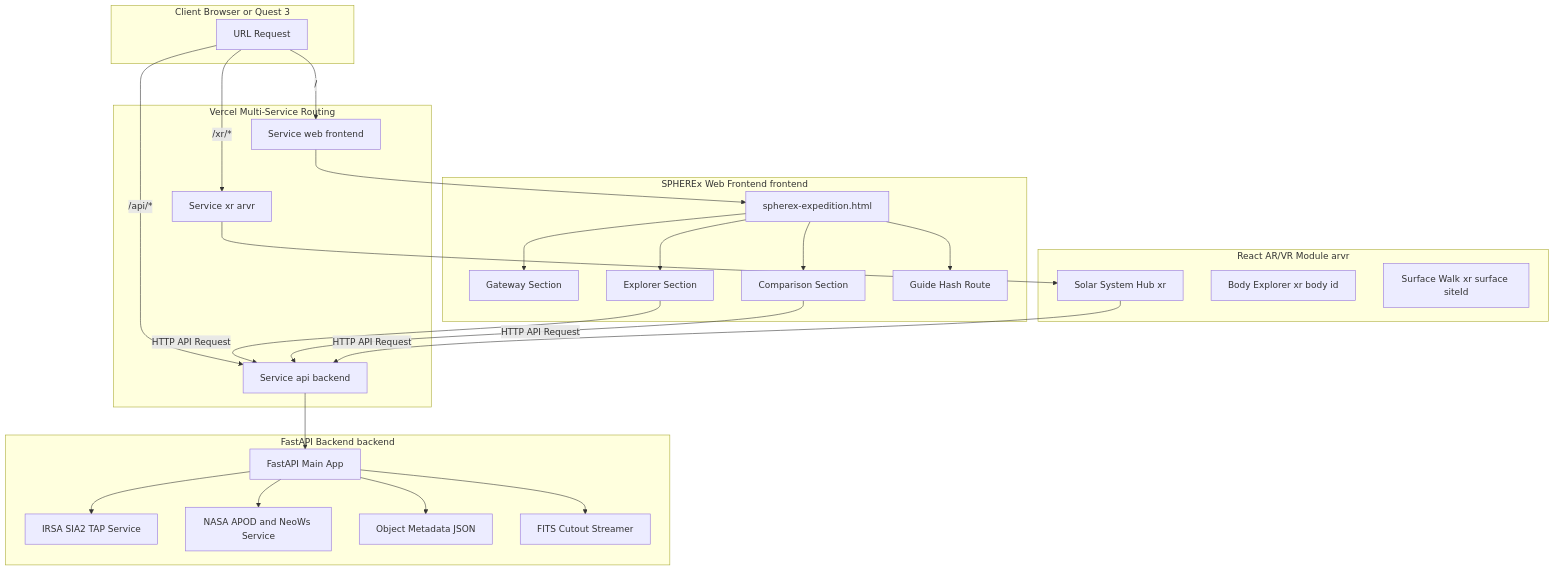
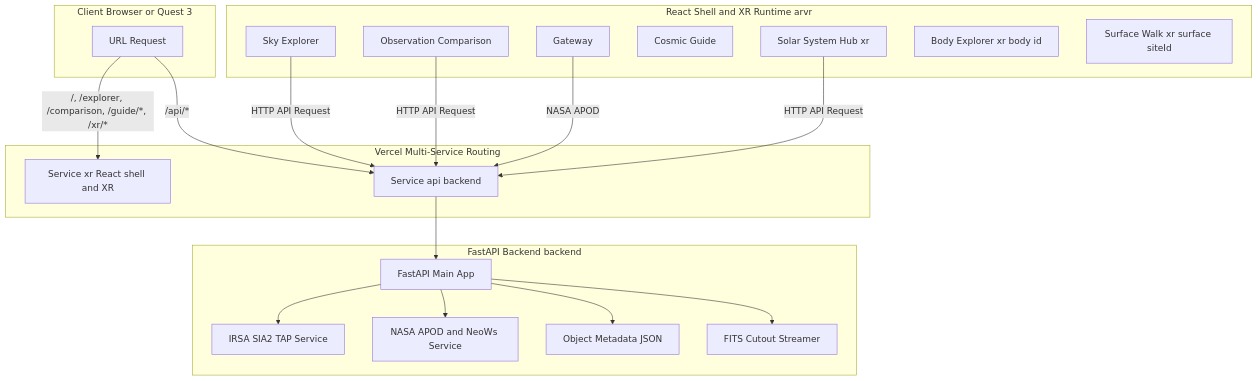
One commit to raihannisn/mainProjectSPHRX changed the diagram in docs/INTEGRATION_ARCHITECTURE.md. Above: the diagram before and after it, drawn with Mermaid. The commit also changed other lines of this file and 26 other files, not shown here.

````diff
--- a/docs/INTEGRATION_ARCHITECTURE.md
+++ b/docs/INTEGRATION_ARCHITECTURE.md
@@ -18,56 +18,44 @@
 ```mermaid
 graph TD
     subgraph Client [Client Browser or Quest 3]
         Browser[URL Request]
     end
 
     subgraph VercelServices [Vercel Multi-Service Routing]
-        WebSvc[Service web frontend]
+        XrSvc[Service xr React shell and XR]
         ApiSvc[Service api backend]
-        XrSvc[Service xr arvr]
     end
 
     subgraph Backend [FastAPI Backend backend]
         API[FastAPI Main App]
         Sspherex[IRSA SIA2 TAP Service]
         NasaSvc[NASA APOD and NeoWs Service]
         ObjSvc[Object Metadata JSON]
         ImgSvc[FITS Cutout Streamer]
     end
 
-    subgraph WebFrontend [SPHEREx Web Frontend frontend]
-        HTMLShell[spherex-expedition.html]
-        Gateway[Gateway Section]
-        Explorer[Explorer Section]
-        Comparison[Comparison Section]
-        Guide[Guide Hash Route]
-    end
-
-    subgraph XRRuntime [React AR/VR Module arvr]
+    subgraph ReactApp [React Shell and XR Runtime arvr]
+        Gateway[Gateway]
+        Explorer[Sky Explorer]
+        Comparison[Observation Comparison]
+        Guide[Cosmic Guide]
         Hub[Solar System Hub xr]
         BodyExp[Body Explorer xr body id]
         Surface[Surface Walk xr surface siteId]
     end
 
-    Browser -->|/| WebSvc
-    Browser -->|/xr/*| XrSvc
+    Browser -->|/, /explorer, /comparison, /guide/*, /xr/*| XrSvc
     Browser -->|/api/*| ApiSvc
 
-    WebSvc --> HTMLShell
-    XrSvc --> Hub
     ApiSvc --> API
-
-    HTMLShell --> Gateway
-    HTMLShell --> Explorer
-    HTMLShell --> Comparison
-    HTMLShell --> Guide
 
     Explorer -->|HTTP API Request| ApiSvc
     Comparison -->|HTTP API Request| ApiSvc
+    Gateway -->|NASA APOD| ApiSvc
     Hub -->|HTTP API Request| ApiSvc
 
     API --> Sspherex
     API --> NasaSvc
     API --> ObjSvc
     API --> ImgSvc
 ```
````
